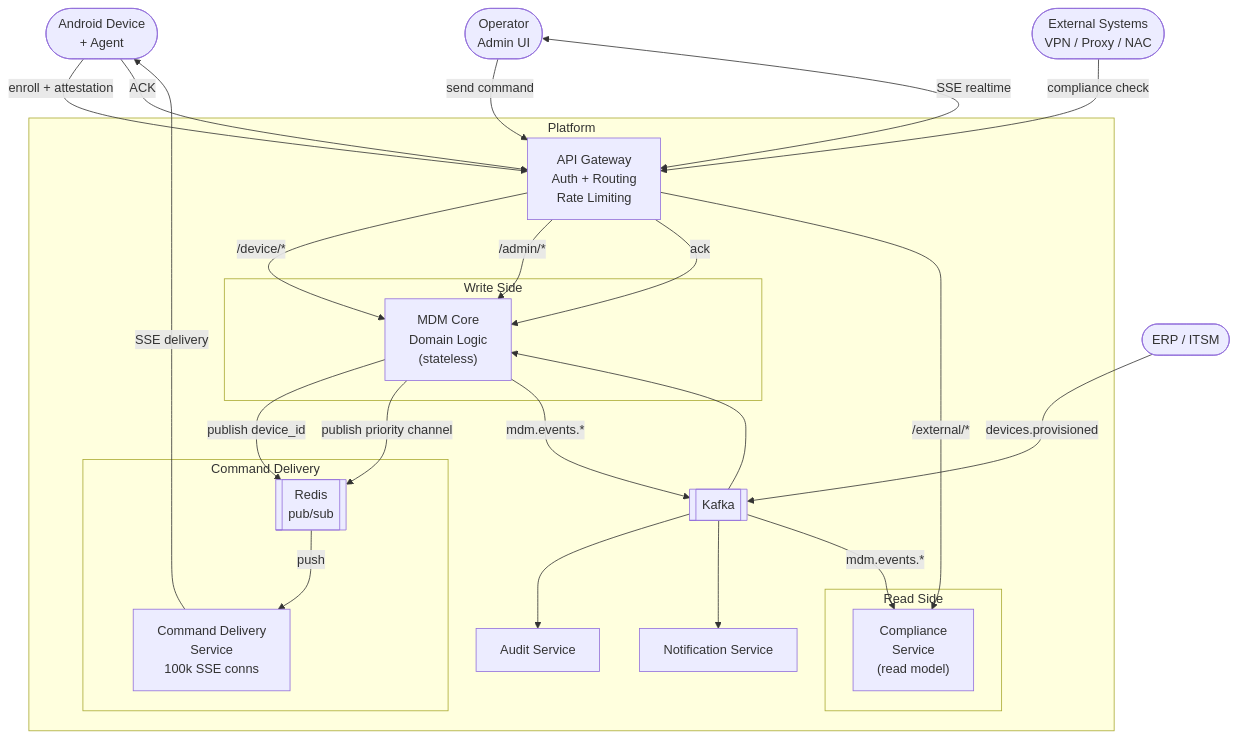
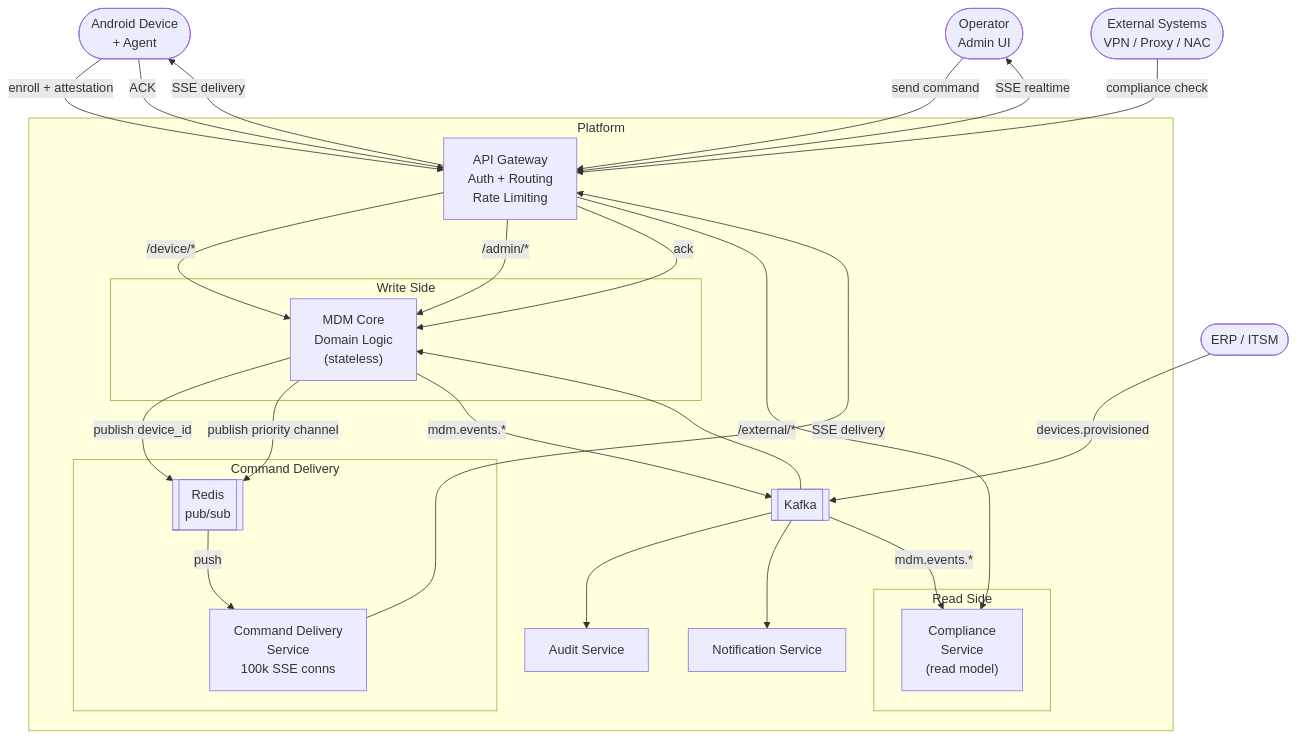
Before and after one commit to SashaFlake/monorepo: the second of 2 diagrams in docs/architecture.md, drawn with Mermaid. The commit also changed other lines of this file, not shown here.

Commit message:
architecture.md

````diff
--- a/docs/architecture.md
+++ b/docs/architecture.md
@@ -143,59 +144,59 @@
 ```mermaid
 flowchart TD
     Device(["Android Device\n+ Agent"])
     Operator(["Operator\nAdmin UI"])
     ExtSys(["External Systems\nVPN / Proxy / NAC"])
     ExtERP(["ERP / ITSM"])
 
     subgraph Platform
         GW["API Gateway\nAuth + Routing\nRate Limiting"]
 
         subgraph Write ["Write Side"]
             Core["MDM Core\nDomain Logic\n(stateless)"]
         end
 
         subgraph Delivery ["Command Delivery"]
             CDS["Command Delivery\nService\n100k SSE conns"]
             Redis[["Redis\npub/sub"]]
         end
 
         subgraph ReadSide ["Read Side"]
             CS["Compliance\nService\n(read model)"]
         end
 
         Audit["Audit Service"]
         Notification["Notification Service"]
         Bus[["Kafka"]]
     end
 
     %% Enrollment
     Device -->|"enroll + attestation"| GW
     GW -->|"/device/*"| Core
 
     %% Command flow
     Operator -->|"send command"| GW
     GW -->|"/admin/*"| Core
     Core -->|"publish device_id"| Redis
     Redis -->|"push"| CDS
-    CDS -->|"SSE delivery"| Device
+    CDS -->|"SSE delivery"| GW --> |"SSE delivery" |Device
     Device -->|"ACK"| GW -->|"ack"| Core
 
     %% Priority commands (WIPE/LOCK)
     Core -->|"publish priority channel"| Redis
 
     %% Compliance read model
     ExtSys -->|"compliance check"| GW
     GW -->|"/external/*"| CS
 
     %% Async provisioning
     ExtERP -->|"devices.provisioned"| Bus
     Bus --> Core
 
     %% Events
     Core -->|"mdm.events.*"| Bus
     Bus --> Audit
     Bus --> Notification
     Bus -->|"mdm.events.*"| CS
 
     Operator <-->|"SSE realtime"| GW
 ```
````
